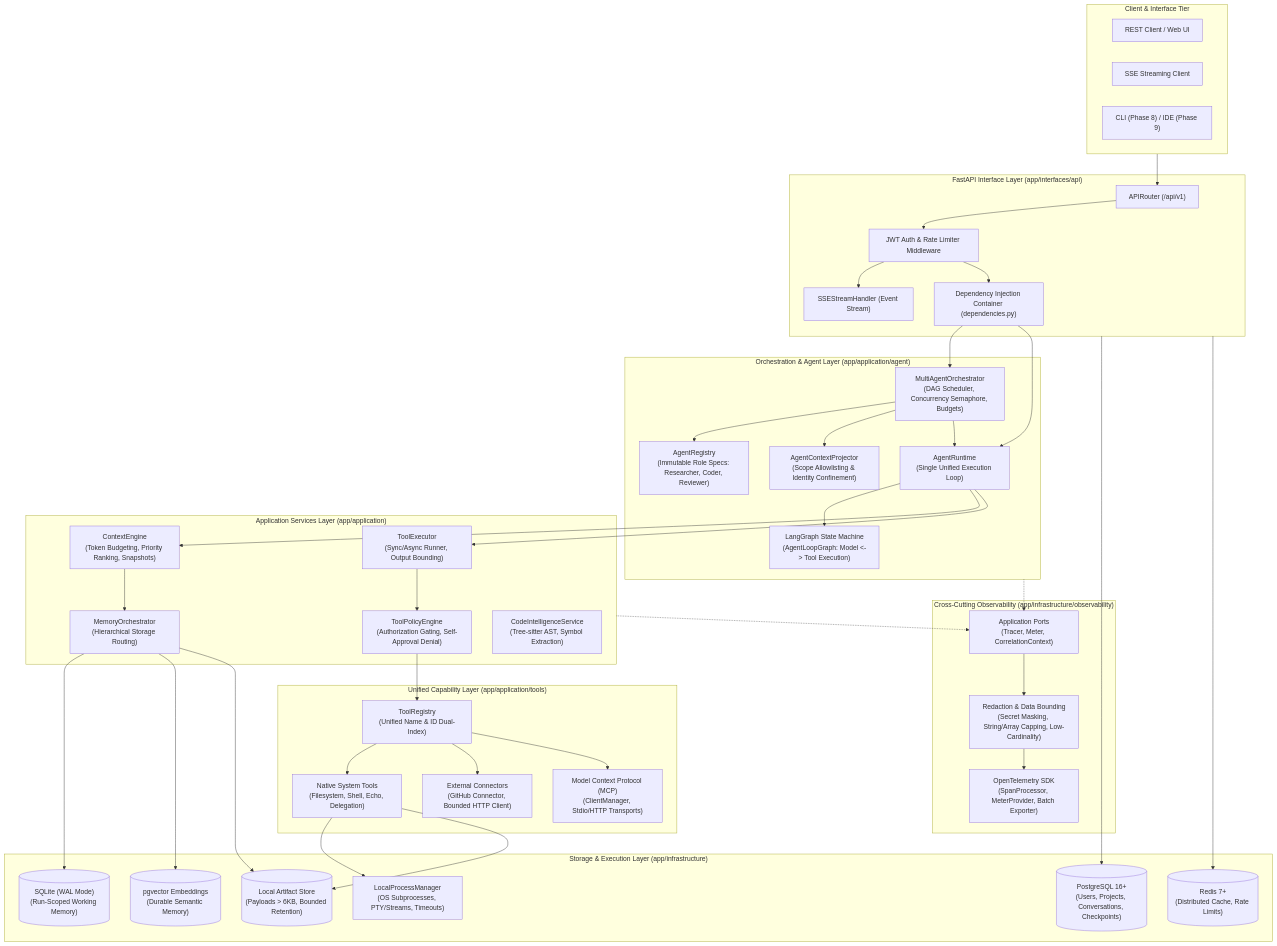
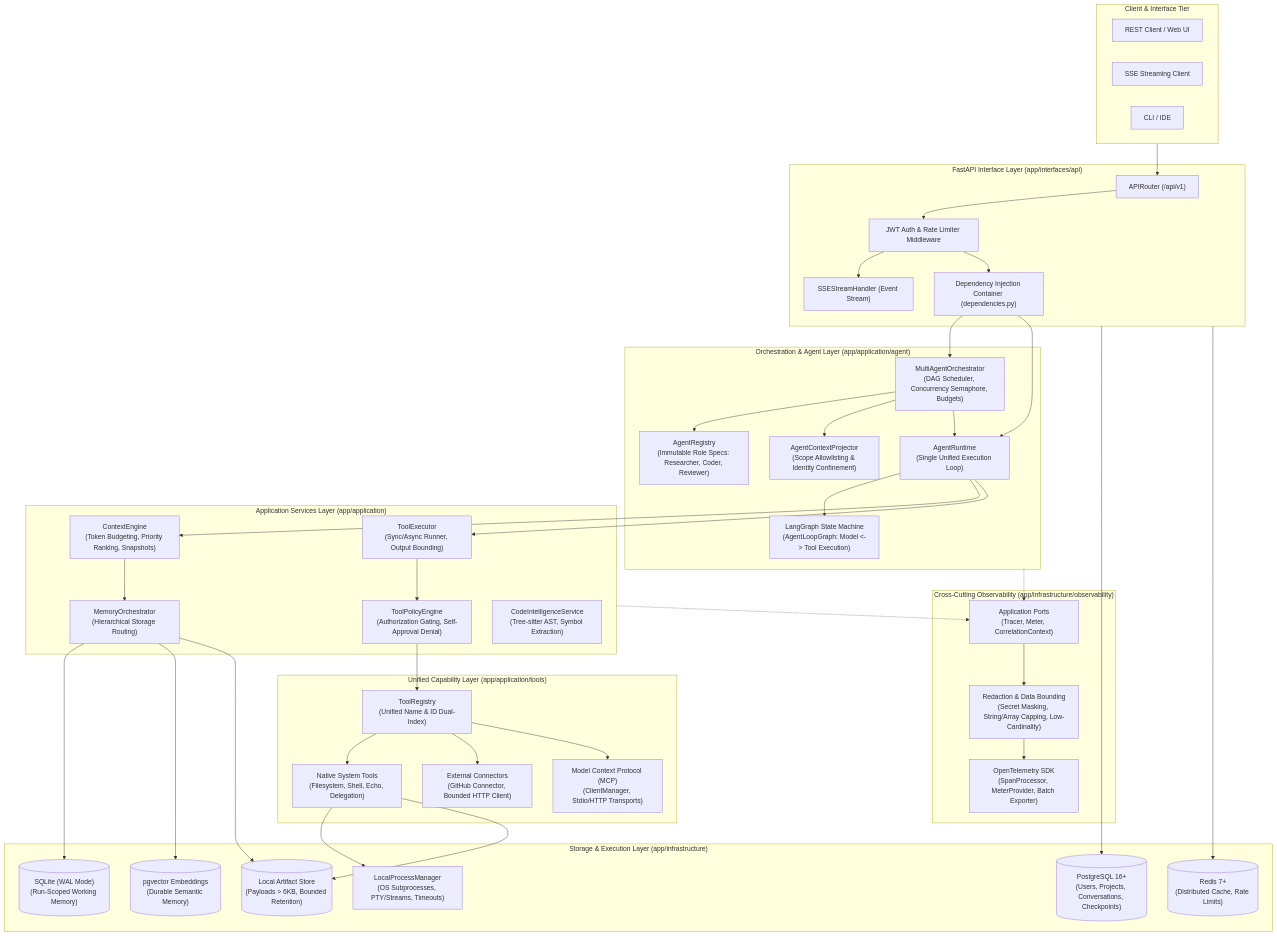
Before and after one commit to Navin45/bytebuddhi: the diagram in docs/system_architecture.mermaid, drawn with Mermaid. The commit also changed 154 other files, not shown here.

```diff
--- a/docs/system_architecture.mermaid
+++ b/docs/system_architecture.mermaid
@@ -1,97 +1,97 @@
 flowchart TB
     %% Client Tier
     subgraph Clients["Client & Interface Tier"]
         REST_API["REST Client / Web UI"]
         SSE_Stream["SSE Streaming Client"]
-        CLI_IDE["CLI (Phase 8) / IDE (Phase 9)"]
+        CLI_IDE["CLI / IDE"]
     end
 
     %% Gateway & API Tier
     subgraph APILayer["FastAPI Interface Layer (app/interfaces/api)"]
         Router["APIRouter (/api/v1)"]
         AuthMiddleware["JWT Auth & Rate Limiter Middleware"]
         SSEHandler["SSEStreamHandler (Event Stream)"]
         APIDependencies["Dependency Injection Container (dependencies.py)"]
     end
 
     %% Orchestration & Runtime Tier
     subgraph OrchestrationLayer["Orchestration & Agent Layer (app/application/agent)"]
         Orchestrator["MultiAgentOrchestrator\n(DAG Scheduler, Concurrency Semaphore, Budgets)"]
         AgentRegistry["AgentRegistry\n(Immutable Role Specs: Researcher, Coder, Reviewer)"]
         Projector["AgentContextProjector\n(Scope Allowlisting & Identity Confinement)"]
         AgentRuntime["AgentRuntime\n(Single Unified Execution Loop)"]
         LangGraphLoop["LangGraph State Machine\n(AgentLoopGraph: Model <-> Tool Execution)"]
     end
 
     %% Core Application Services Tier
     subgraph CoreServices["Application Services Layer (app/application)"]
         ContextEngine["ContextEngine\n(Token Budgeting, Priority Ranking, Snapshots)"]
         MemoryOrchestrator["MemoryOrchestrator\n(Hierarchical Storage Routing)"]
         ToolExecutor["ToolExecutor\n(Sync/Async Runner, Output Bounding)"]
         ToolPolicy["ToolPolicyEngine\n(Authorization Gating, Self-Approval Denial)"]
         CodeService["CodeIntelligenceService\n(Tree-sitter AST, Symbol Extraction)"]
     end
 
     %% Capabilities Tier
     subgraph CapabilityLayer["Unified Capability Layer (app/application/tools)"]
         CapabilityRegistry["ToolRegistry\n(Unified Name & ID Dual-Index)"]
         NativeTools["Native System Tools\n(Filesystem, Shell, Echo, Delegation)"]
         GitHubConnector["External Connectors\n(GitHub Connector, Bounded HTTP Client)"]
         MCPClientMgr["Model Context Protocol (MCP)\n(ClientManager, Stdio/HTTP Transports)"]
     end
 
     %% Cross-Cutting Observability Tier
     subgraph ObservabilityLayer["Cross-Cutting Observability (app/infrastructure/observability)"]
         AppPorts["Application Ports\n(Tracer, Meter, CorrelationContext)"]
         OTelSdk["OpenTelemetry SDK\n(SpanProcessor, MeterProvider, Batch Exporter)"]
         RedactionPolicy["Redaction & Data Bounding\n(Secret Masking, String/Array Capping, Low-Cardinality)"]
     end
 
     %% Persistence & OS Tier
     subgraph PersistenceLayer["Storage & Execution Layer (app/infrastructure)"]
         PostgresDB[("PostgreSQL 16+\n(Users, Projects, Conversations, Checkpoints)")]
         PGVector[("pgvector Embeddings\n(Durable Semantic Memory)")]
         SQLiteWAL[("SQLite (WAL Mode)\n(Run-Scoped Working Memory)")]
         RedisCache[("Redis 7+\n(Distributed Cache, Rate Limits)")]
         ArtifactStore[("Local Artifact Store\n(Payloads > 6KB, Bounded Retention)")]
         ProcessManager["LocalProcessManager\n(OS Subprocesses, PTY/Streams, Timeouts)"]
     end
 
     %% Connections
     Clients --> Router
     Router --> AuthMiddleware
     AuthMiddleware --> SSEHandler
     AuthMiddleware --> APIDependencies
 
     APIDependencies --> Orchestrator
     APIDependencies --> AgentRuntime
 
     Orchestrator --> AgentRegistry
     Orchestrator --> Projector
     Orchestrator --> AgentRuntime
 
     AgentRuntime --> LangGraphLoop
     AgentRuntime --> ContextEngine
     AgentRuntime --> ToolExecutor
 
     ContextEngine --> MemoryOrchestrator
     MemoryOrchestrator --> SQLiteWAL
     MemoryOrchestrator --> PGVector
     MemoryOrchestrator --> ArtifactStore
 
     ToolExecutor --> ToolPolicy
     ToolPolicy --> CapabilityRegistry
     CapabilityRegistry --> NativeTools
     CapabilityRegistry --> GitHubConnector
     CapabilityRegistry --> MCPClientMgr
 
     NativeTools --> ProcessManager
     NativeTools --> ArtifactStore
 
     CoreServices -.-> AppPorts
     OrchestrationLayer -.-> AppPorts
     AppPorts --> RedactionPolicy
     RedactionPolicy --> OTelSdk
 
     APILayer --> PostgresDB
     APILayer --> RedisCache
```
